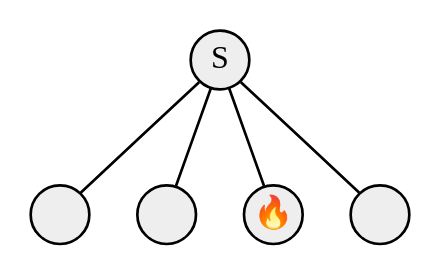
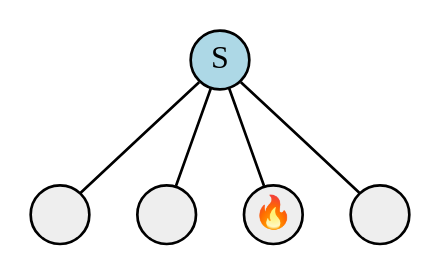
One commit to dont-rely-on-nulls/gambiconf-2025 changed the fourth of 18 diagrams in presentation.org. Above: the diagram before and after it, drawn with Graphviz. The commit also changed other lines of this file and 19 other files, not shown here.

```diff
--- a/presentation.org
+++ b/presentation.org
@@ -301,30 +301,30 @@
     #+BEGIN_SRC dot :file ./img/erlang_supervisor_o4o.png :cmdline -Kdot -Tpng :exports results
     graph g {
-            ratio=fill
-            splines=spline
-            overlap=scale
+      ratio=fill
+      splines=spline
+      overlap=scale
 
-            node [
-            label="", 
-            xlabel="",
-            shape=circle,
-            fixedsize=true,
-            width=0.3,
-            color="black",
-            fillcolor="#eeeeee",
-            style="filled,solid",
-            fontsize=12
-            ]
+      node [
+        label="", 
+        xlabel="",
+        shape=circle,
+        fixedsize=true,
+        width=0.3,
+        color="black",
+        fillcolor="#eeeeee",
+        style="filled,solid",
+        fontsize=12
+      ]
 
-            sup [label="S", pos="1,1"]
-            w1 [pos="0,0"]
-            w2 [pos="0,1"]
-            w3 [label="🔥", pos="0,2"]
-            w4 [pos="0,3"]
+      sup [label="S", pos="1,1", fillcolor="lightblue"]
+      w1 [pos="0,0"]
+      w2 [pos="0,1"]
+      w3 [label="🔥", pos="0,2"]
+      w4 [pos="0,3"]
 
-            sup -- w1
-            sup -- w2
-            sup -- w3
-            sup -- w4
+      sup -- w1
+      sup -- w2
+      sup -- w3
+      sup -- w4
     }
     #+END_SRC
```
